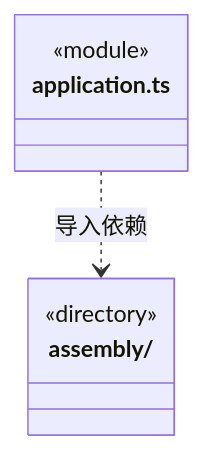
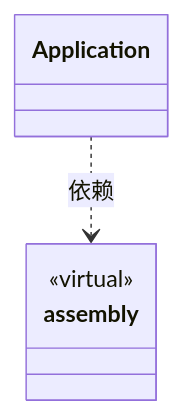
Before and after one commit to nan023062/cbim: the diagram in src/logic/application/ARCHITECTURE.md, drawn with Mermaid. The commit also changed other lines of this file and 158 other files, not shown here.

Commit message:
docs: model architecture through nested virtual encapsulations

````diff
--- a/src/logic/application/ARCHITECTURE.md
+++ b/src/logic/application/ARCHITECTURE.md
@@ -376,10 +21,10 @@
 ```mermaid
 classDiagram
-class N_src_logic_application_assembly["assembly/"] {
-  <<directory>>
+class N_a0da45b021bd["Application"]
+click N_a0da45b021bd href "application.ts"
+class N_792efa790c1f["assembly"] {
+  <<virtual>>
 }
-class N_src_logic_application_application_ts["application.ts"] {
-  <<module>>
-}
-N_src_logic_application_application_ts ..> N_src_logic_application_assembly : 导入依赖
+click N_792efa790c1f href "assembly/ARCHITECTURE.md"
+N_a0da45b021bd ..> N_792efa790c1f : 依赖
 ```
````
